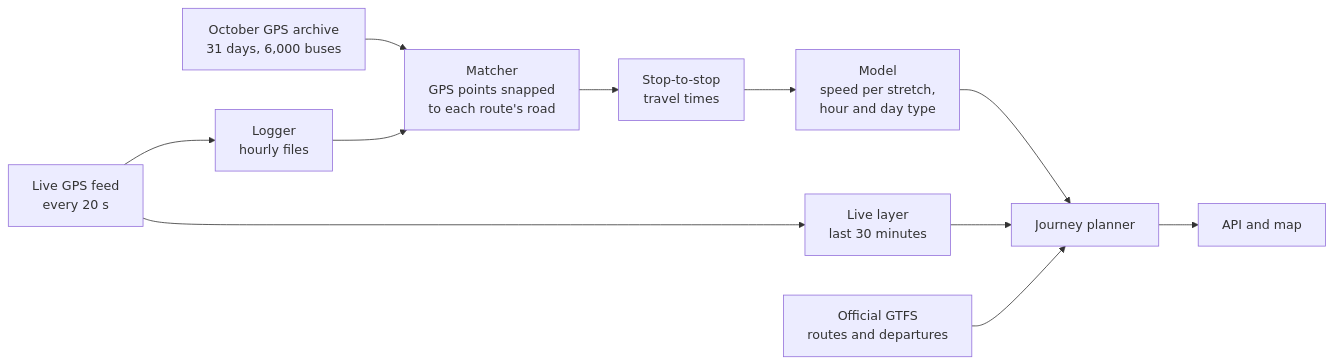
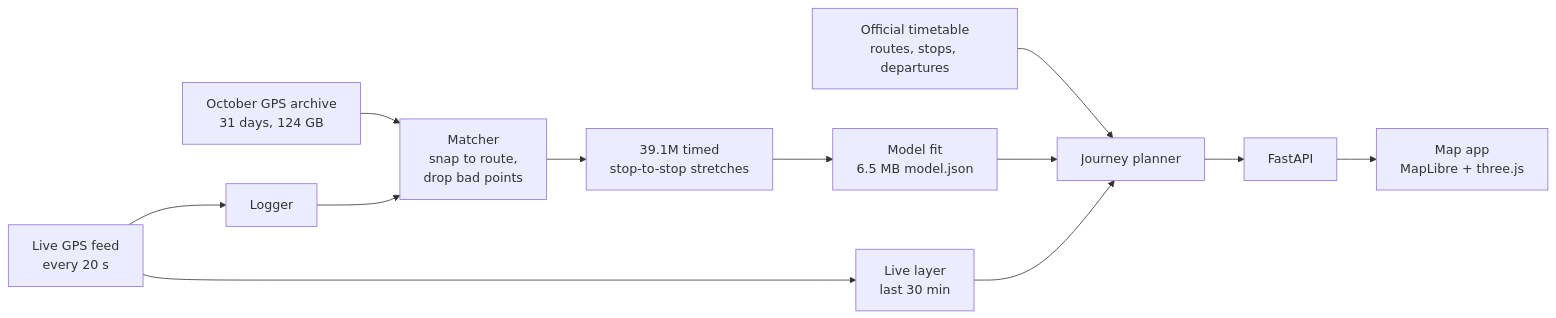
One commit to Aryanban/transport-stack-hackathon-2026 changed the diagram in README.md. Above: the diagram before and after it, drawn with Mermaid. The commit also changed other lines of this file and 46 other files, not shown here.

````diff
--- a/README.md
+++ b/README.md
@@ -233,13 +149,12 @@
 ```mermaid
 flowchart LR
-    H0[October GPS archive<br/>31 days, 6,000 buses] --> C[Matcher<br/>GPS points snapped<br/>to each route's road]
-    A[Live GPS feed<br/>every 20 s] --> B[Logger<br/>hourly files]
-    B --> C
-    C --> D[Stop-to-stop<br/>travel times]
-    D --> E[Model<br/>speed per stretch,<br/>hour and day type]
-    A --> F[Live layer<br/>last 30 minutes]
-    E --> G[Journey planner]
-    F --> G
-    H[Official GTFS<br/>routes and departures] --> G
-    G --> I[API and map]
+    A[October GPS archive<br/>31 days, 124 GB] --> M[Matcher<br/>snap to route,<br/>drop bad points]
+    L[Live GPS feed<br/>every 20 s] --> LOG[Logger] --> M
+    M --> T[39.1M timed<br/>stop-to-stop stretches]
+    T --> F[Model fit<br/>6.5 MB model.json]
+    L --> LV[Live layer<br/>last 30 min]
+    G[Official timetable<br/>routes, stops, departures] --> P[Journey planner]
+    F --> P
+    LV --> P
+    P --> API[FastAPI] --> WEB[Map app<br/>MapLibre + three.js]
 ```
````
